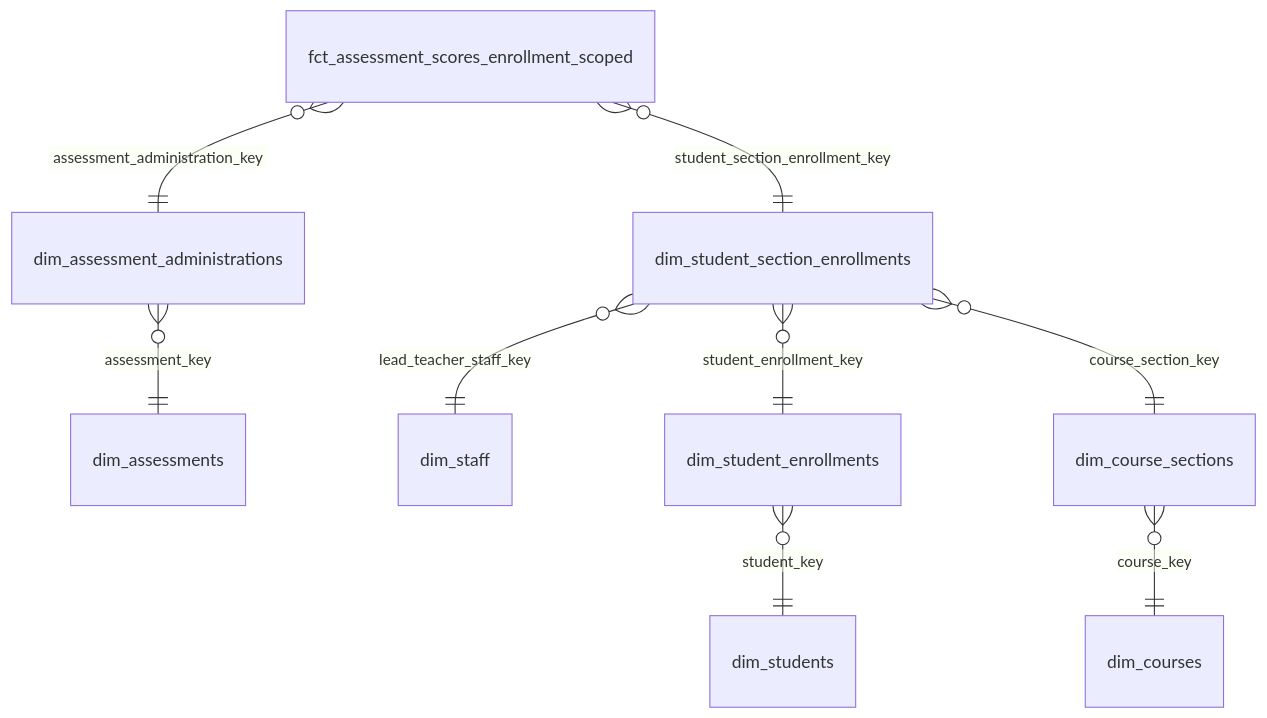
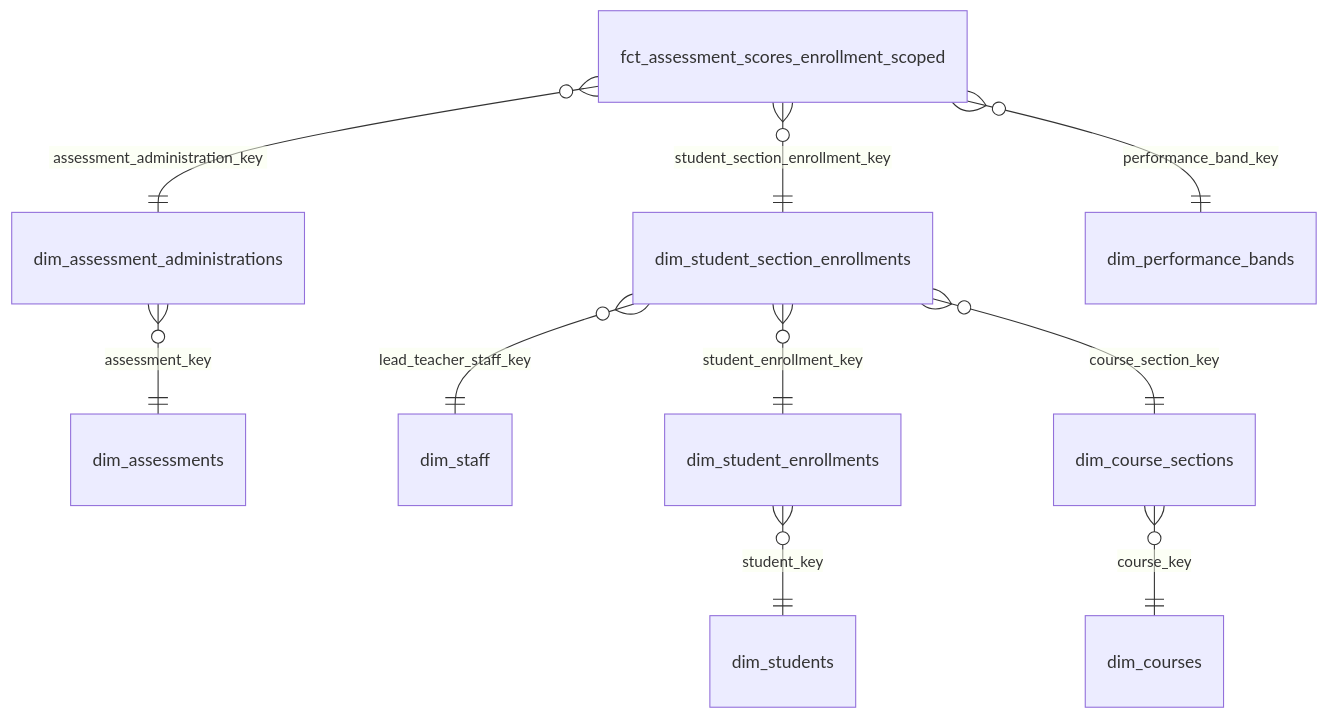
One commit to TEAMSchools/teamster changed the first of 25 diagrams in docs/reference/marts-data-models.md. Above: the diagram before and after it, drawn with Mermaid. The commit also changed other lines of this file and 6 other files, not shown here.

First line of the commit message:
feat(dbt): add dim_performance_bands and the scores fact's band key

````diff
--- a/docs/reference/marts-data-models.md
+++ b/docs/reference/marts-data-models.md
@@ -28,11 +28,12 @@
 ```mermaid
 erDiagram
   fct_assessment_scores_enrollment_scoped }o--|| dim_assessment_administrations : "assessment_administration_key"
   fct_assessment_scores_enrollment_scoped }o--|| dim_student_section_enrollments : "student_section_enrollment_key"
+  fct_assessment_scores_enrollment_scoped }o--|| dim_performance_bands : "performance_band_key"
   dim_assessment_administrations }o--|| dim_assessments : "assessment_key"
   dim_student_section_enrollments }o--|| dim_staff : "lead_teacher_staff_key"
   dim_student_section_enrollments }o--|| dim_student_enrollments : "student_enrollment_key"
   dim_student_section_enrollments }o--|| dim_course_sections : "course_section_key"
   dim_student_enrollments }o--|| dim_students : "student_key"
   dim_course_sections }o--|| dim_courses : "course_key"
 ```
````
